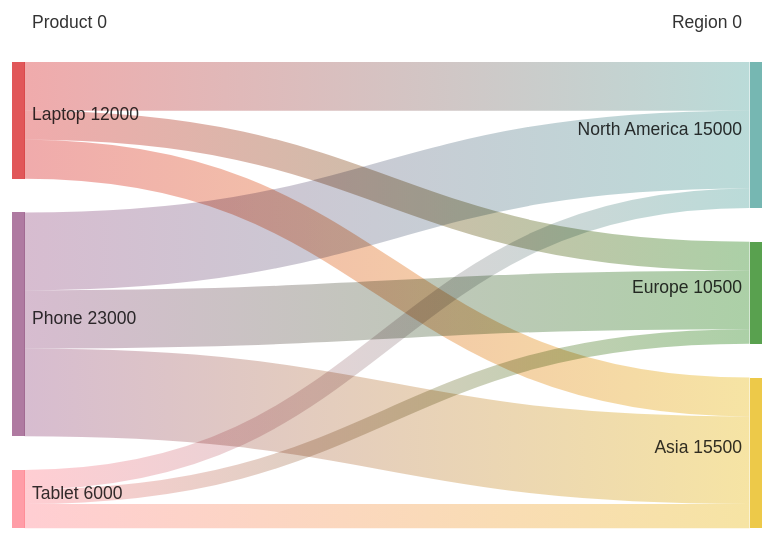
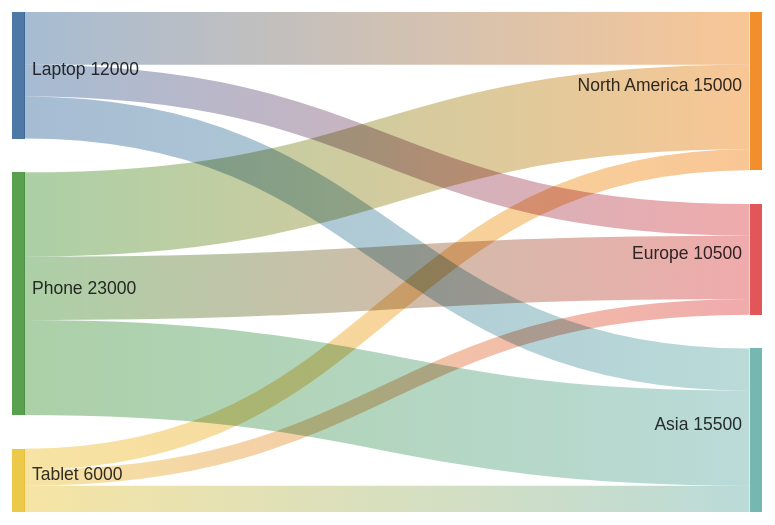
Before and after one commit to BitYoungjae/marketplace: diagram 14 of 19 in plugins/obsidian-blocks/skills/mermaid-diagramming/sankey.md, drawn with Mermaid. The commit also changed other lines of this file and 14 other files, not shown here.

First line of the commit message:
feat(obsidian-blocks): add Session 3 Mermaid diagrams

````diff
--- a/plugins/obsidian-blocks/skills/mermaid-diagramming/sankey.md
+++ b/plugins/obsidian-blocks/skills/mermaid-diagramming/sankey.md
@@ -230,14 +283,14 @@
 ```mermaid
-sankey
+sankey-beta
 
-Product,Region,Sales
+%% Product sales by region
 Laptop,North America,5000
 Laptop,Europe,3000
 Laptop,Asia,4000
 Phone,North America,8000
 Phone,Europe,6000
 Phone,Asia,9000
 Tablet,North America,2000
 Tablet,Europe,1500
 Tablet,Asia,2500
 ```
````
